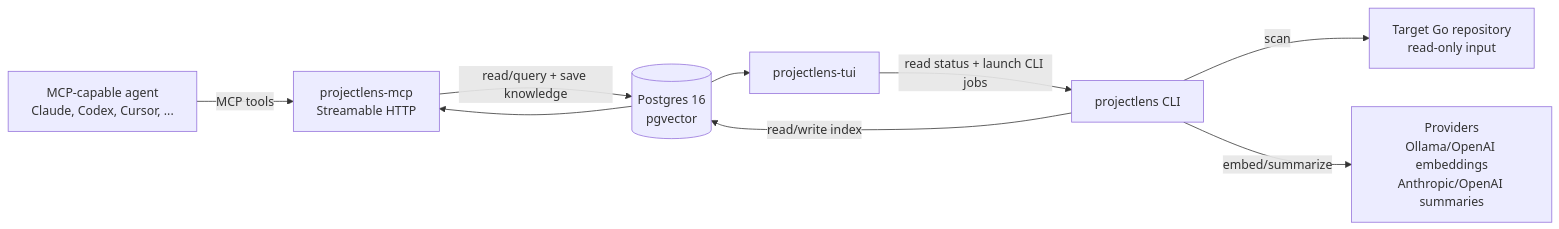
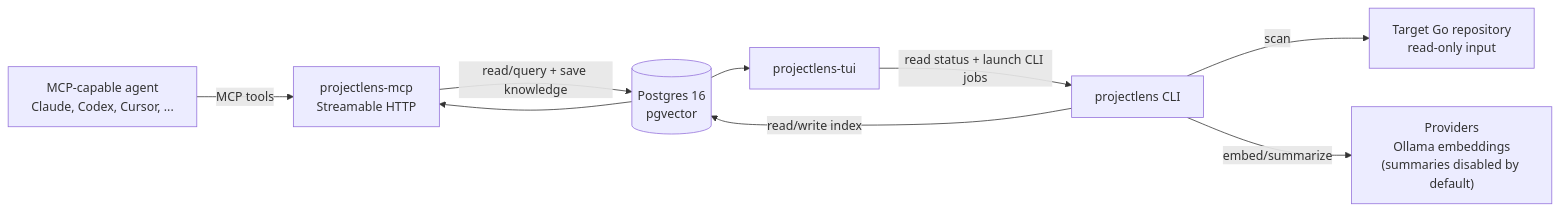
The first of 4 diagrams in docs/architecture.md (hman-pro/projectlens), drawn with Mermaid before and after one commit. The commit also changed other lines of this file, not shown here.

Commit message:
docs(architecture,internals): rebrand and drop remote provider sections

````diff
--- a/docs/architecture.md
+++ b/docs/architecture.md
@@ -11,19 +11,19 @@
 ```mermaid
 flowchart LR
     Agent["MCP-capable agent<br/>Claude, Codex, Cursor, ..."]
     CLI["projectlens CLI"]
     TUI["projectlens-tui"]
     MCP["projectlens-mcp<br/>Streamable HTTP"]
     DB[("Postgres 16<br/>pgvector")]
     Repo["Target Go repository<br/>read-only input"]
-    Providers["Providers<br/>Ollama/OpenAI embeddings<br/>Anthropic/OpenAI summaries"]
+    Providers["Providers<br/>Ollama embeddings<br/>(summaries disabled by default)"]
 
     Agent -->|MCP tools| MCP
     CLI -->|read/write index| DB
     TUI -->|read status + launch CLI jobs| CLI
     MCP -->|read/query + save knowledge| DB
     CLI -->|scan| Repo
     CLI -->|embed/summarize| Providers
     DB --> MCP
     DB --> TUI
 ```
````
